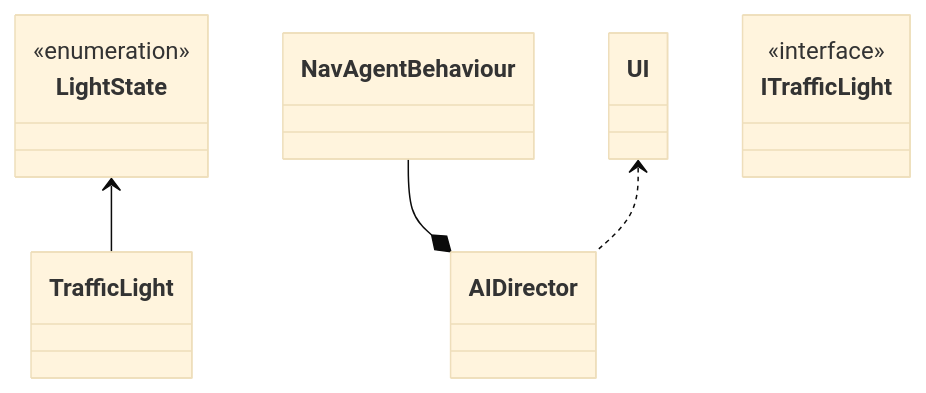
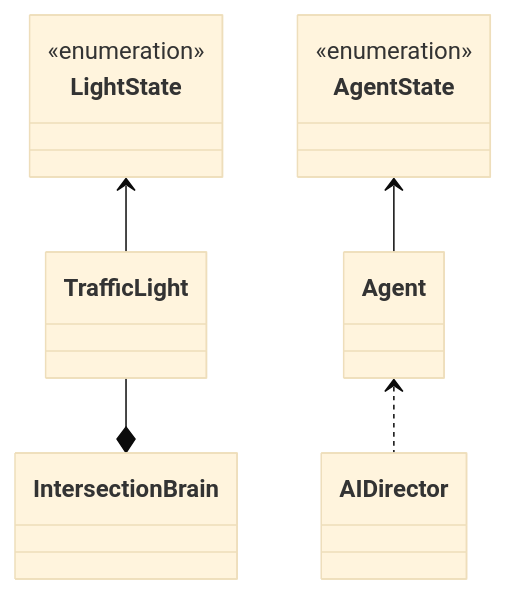
One commit to bryanb619/Sim-City changed the diagram in README.md. Above: the diagram before and after it, drawn with Mermaid (base theme). The commit also changed other lines of this file, not shown here.

Commit message:
Better car & ped explanation & new UML

````diff
--- a/README.md
+++ b/README.md
@@ -240,14 +243,17 @@
 ```mermaid
 
 classDiagram
 
     LightState             <--  TrafficLight
-    NavAgentBehaviour      --*  AIDirector           
-    UI                     <..  AIDirector
+    TrafficLight           --*  IntersectionBrain 
 
-    class ITrafficLight
-    <<interface>> ITrafficLight
+    AgentState             <-- Agent
 
+    Agent                  <.. AIDirector
+                 
     class LightState
     <<enumeration>> LightState 
+
+    class AgentState
+    <<enumeration>> AgentState 
 ```
````
